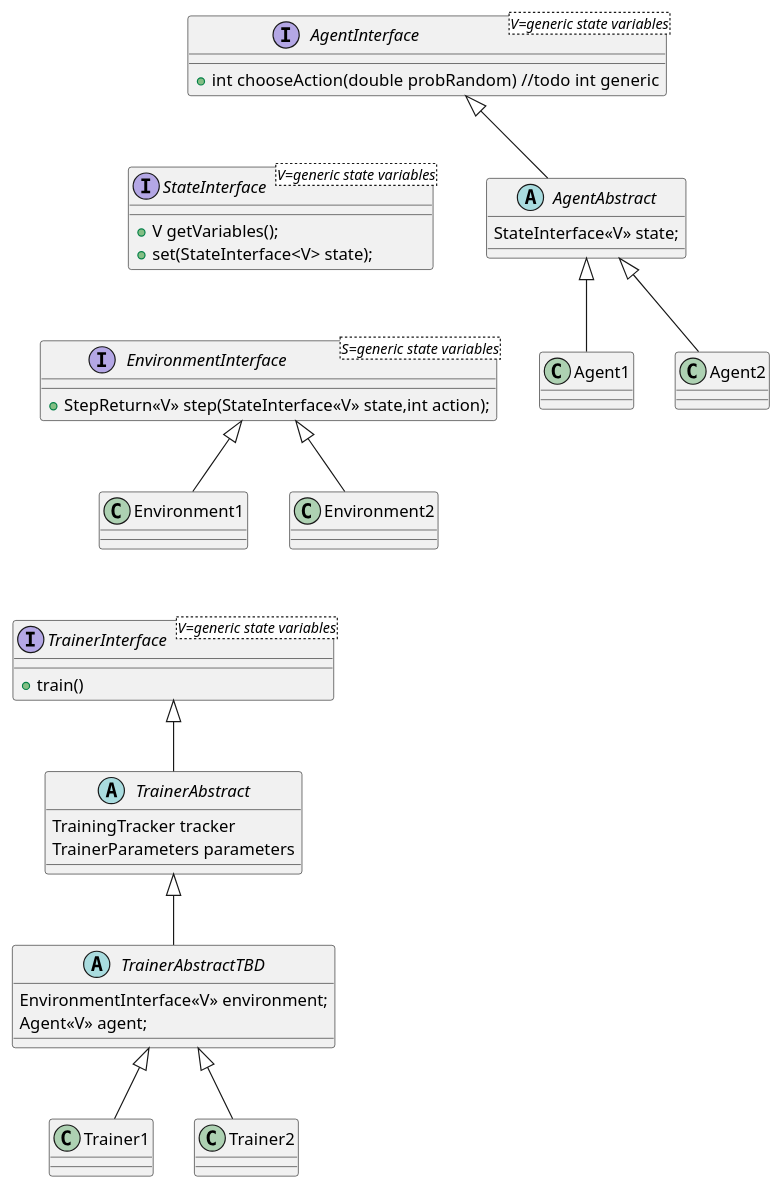
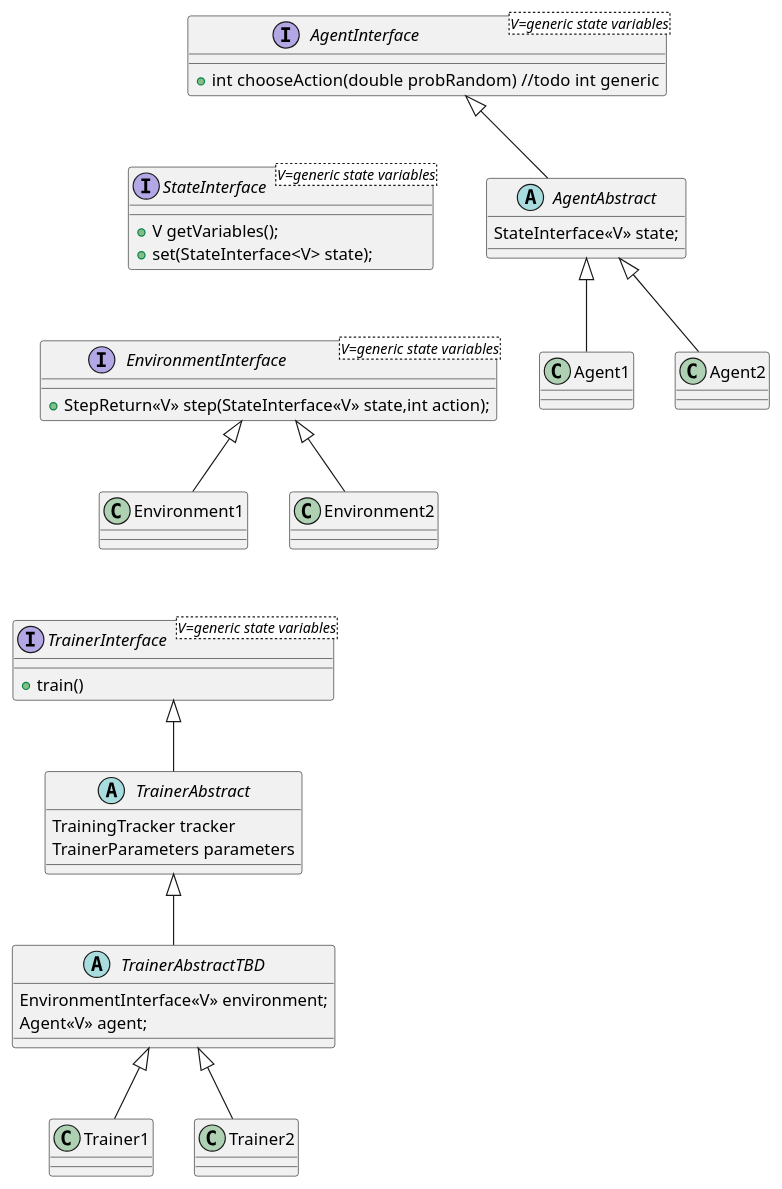
One commit to JonasHellgren/MachineLearning changed the diagram in src/main/java/policy_gradient_problems/class_diagrams/abstract_classes.puml. Above: the diagram before and after it, drawn with PlantUML. The commit also changed 5 other files, not shown here.

```diff
--- a/src/main/java/policy_gradient_problems/class_diagrams/abstract_classes.puml
+++ b/src/main/java/policy_gradient_problems/class_diagrams/abstract_classes.puml
@@ -2,67 +2,67 @@
 @startuml
 'https://plantuml.com/class-diagram
 
 
 interface StateInterface<V=generic state variables> {
 + V getVariables();
 + set(StateInterface<V> state);
 }
 
 interface AgentInterface<V=generic state variables> {
 + int chooseAction(double probRandom)  //todo int generic
 '/ + setState(StateInterface<<V>> state);
 '/ + double readValue(StateInterface<<V>> state);  //todo needed?
 }
 
 '/ AgentThetaActorInterface  agent.changeActor
 '/ AgentNeuralActorInterface  fitActor
 '/ AgentNeuralActorCriticInterface  fitActor fitCritic
 
 
 abstract class AgentAbstract {
 '/    EnvironmentInterface<<V>> environment;
     StateInterface<<V>> state;
 }
 
 
 interface TrainerInterface<V=generic state variables> {
 + train()
 }
 
 abstract class TrainerAbstract {
 TrainingTracker tracker
 TrainerParameters parameters
 }
 
 abstract class TrainerAbstractTBD {
     EnvironmentInterface<<V>> environment;
     Agent<<V>> agent;
 }
 
-interface EnvironmentInterface<S=generic state variables> {
+interface EnvironmentInterface<V=generic state variables> {
 +  StepReturn<<V>> step(StateInterface<<V>> state,int action);
 '/ +  boolean isTerminalState(StateInterface<<V>> state);
 }
 
 
 EnvironmentInterface <|-- Environment1
 EnvironmentInterface <|-- Environment2
 
 AgentInterface <|-- AgentAbstract
 AgentAbstract  <|-- Agent1
 AgentAbstract  <|-- Agent2
 
 TrainerInterface <|-- TrainerAbstract
 TrainerAbstract <|-- TrainerAbstractTBD
 TrainerAbstractTBD  <|-- Trainer1
 TrainerAbstractTBD  <|-- Trainer2
 
 
 StateInterface -[hidden]- EnvironmentInterface
 
 AgentInterface -[hidden]- StateInterface
 
 Environment1 -[hidden]- TrainerInterface
 
 
 @enduml
```
